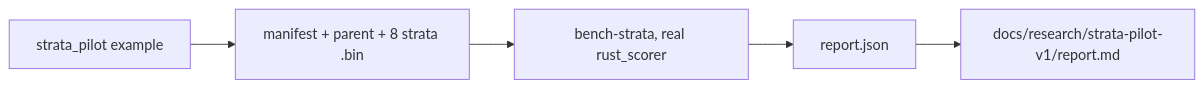
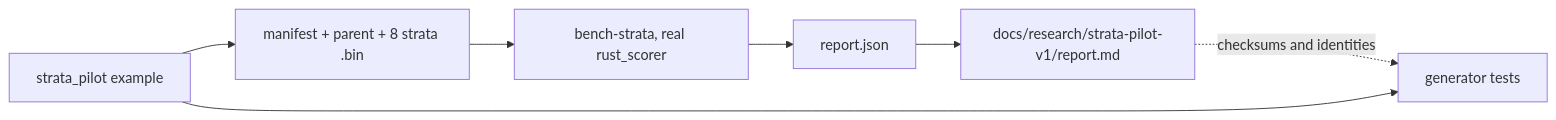
The diagram in docs/archive/pr-summaries/pr-summary-263.md (stSoftwareAU/NEAT-AI-Ockham), drawn with Mermaid before and after one commit. The commit also changed other lines of this file, not shown here.

````diff
--- a/docs/archive/pr-summaries/pr-summary-263.md
+++ b/docs/archive/pr-summaries/pr-summary-263.md
@@ -65,7 +72,9 @@
 ```mermaid
 flowchart LR
     G[strata_pilot example] --> I[manifest + parent + 8 strata .bin]
     I --> B[bench-strata, real rust_scorer]
     B --> R[report.json]
     R --> W[docs/research/strata-pilot-v1/report.md]
+    W -. checksums and identities .-> T[generator tests]
+    G --> T
 ```
````
